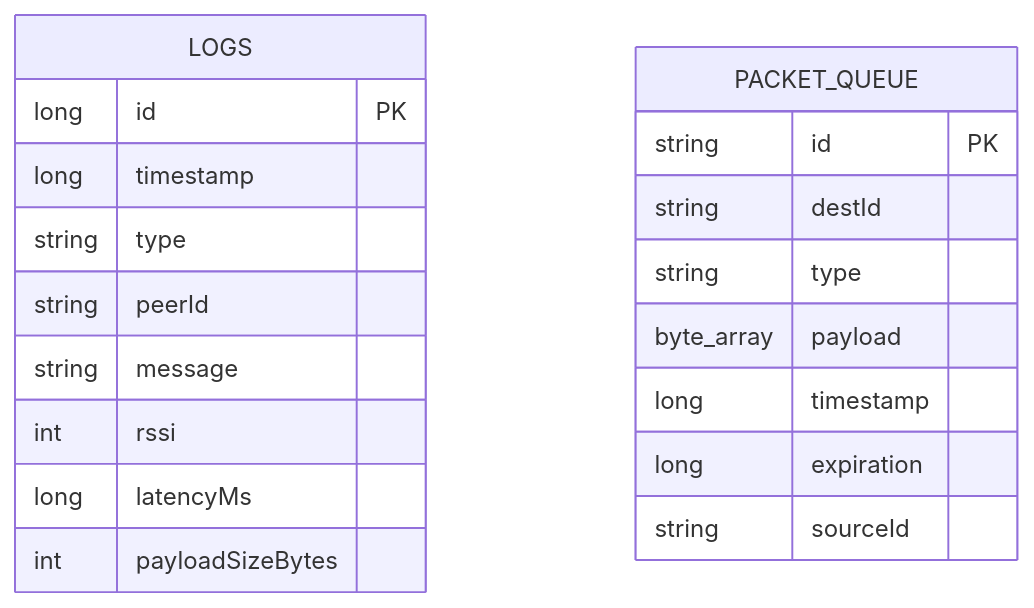
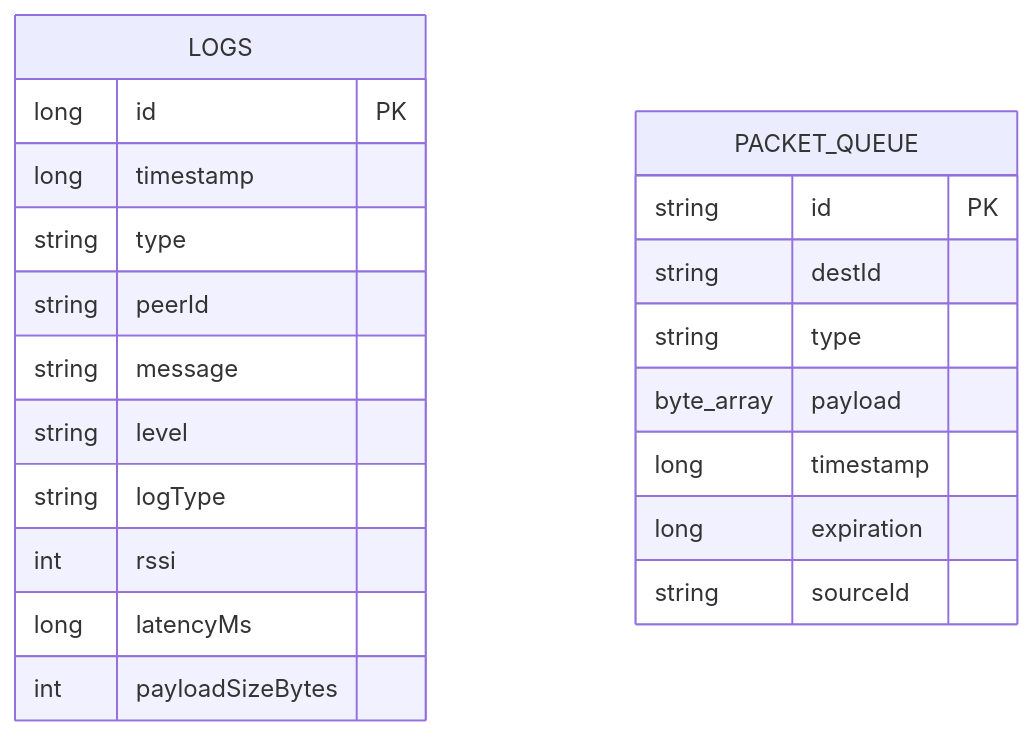
Before and after one commit to TrainedPro/samizdat: the diagram in documents/diagrams/source/database_schema.mermaid, drawn with Mermaid. The commit also changed 15 other files, not shown here.

```diff
--- a/documents/diagrams/source/database_schema.mermaid
+++ b/documents/diagrams/source/database_schema.mermaid
@@ -1,24 +1,26 @@
 erDiagram
     LOGS {
         long id PK
         long timestamp
         string type
         string peerId
         string message
+        string level
+        string logType
         int rssi
         long latencyMs
         int payloadSizeBytes
     }
 
     PACKET_QUEUE {
         string id PK
         string destId
         string type
         byte_array payload
         long timestamp
         long expiration
         string sourceId
     }
 
     %% Relationships can be implied or explicit if any
     %% In this simple schema, tables are independent queues/logs
```
